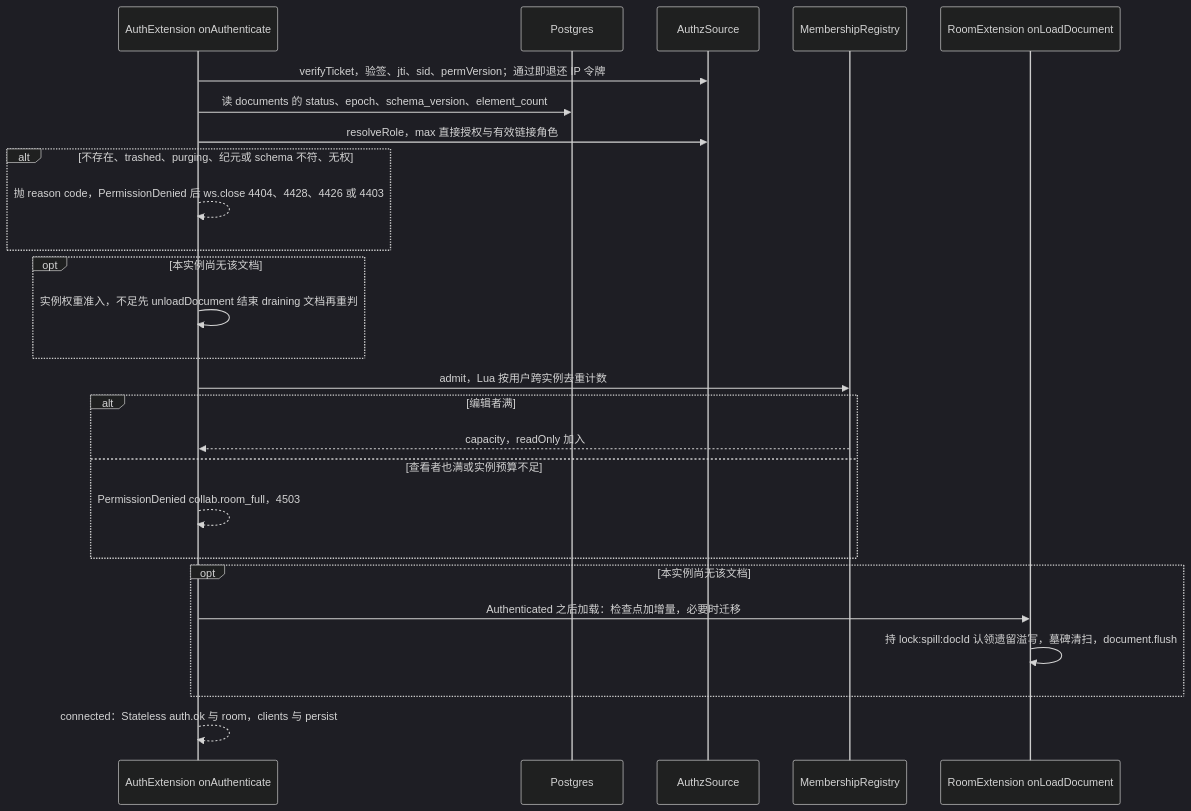
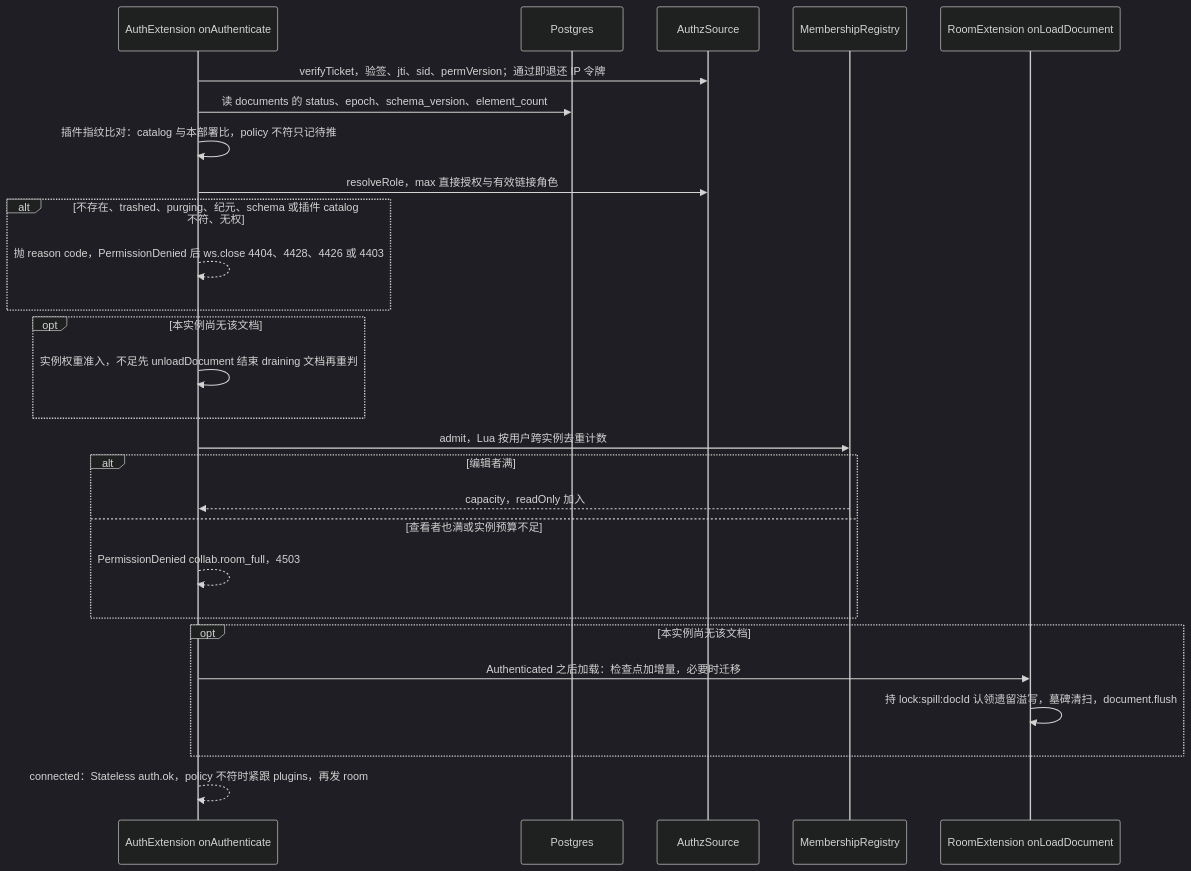
Before and after one commit to Xeonice/cordis-ppt-editor: the second of 9 diagrams in docs/60-backend/05-modules-collab-and-snapshots.md, drawn with Mermaid (dark theme). The commit also changed other lines of this file and 16 other files, not shown here.

````diff
--- a/docs/60-backend/05-modules-collab-and-snapshots.md
+++ b/docs/60-backend/05-modules-collab-and-snapshots.md
@@ -221,28 +222,29 @@
 ```mermaid
 sequenceDiagram
   participant A as AuthExtension onAuthenticate
   participant PG as Postgres
   participant AZ as AuthzSource
   participant MR as MembershipRegistry
   participant R as RoomExtension onLoadDocument
   A->>AZ: verifyTicket，验签、jti、sid、permVersion；通过即退还 IP 令牌
   A->>PG: 读 documents 的 status、epoch、schema_version、element_count
+  A->>A: 插件指纹比对：catalog 与本部署比，policy 不符只记待推
   A->>AZ: resolveRole，max 直接授权与有效链接角色
-  alt 不存在、trashed、purging、纪元或 schema 不符、无权
+  alt 不存在、trashed、purging、纪元、schema 或插件 catalog 不符、无权
     A-->>A: 抛 reason code，PermissionDenied 后 ws.close 4404、4428、4426 或 4403
   end
   opt 本实例尚无该文档
     A->>A: 实例权重准入，不足先 unloadDocument 结束 draining 文档再重判
   end
   A->>MR: admit，Lua 按用户跨实例去重计数
   alt 编辑者满
     MR-->>A: capacity，readOnly 加入
   else 查看者也满或实例预算不足
     A-->>A: PermissionDenied collab.room_full，4503
   end
   opt 本实例尚无该文档
     A->>R: Authenticated 之后加载：检查点加增量，必要时迁移
     R->>R: 持 lock:spill:docId 认领遗留溢写，墓碑清扫，document.flush
   end
-  A-->>A: connected：Stateless auth.ok 与 room，clients 与 persist
+  A-->>A: connected：Stateless auth.ok，policy 不符时紧跟 plugins，再发 room
 ```
````
